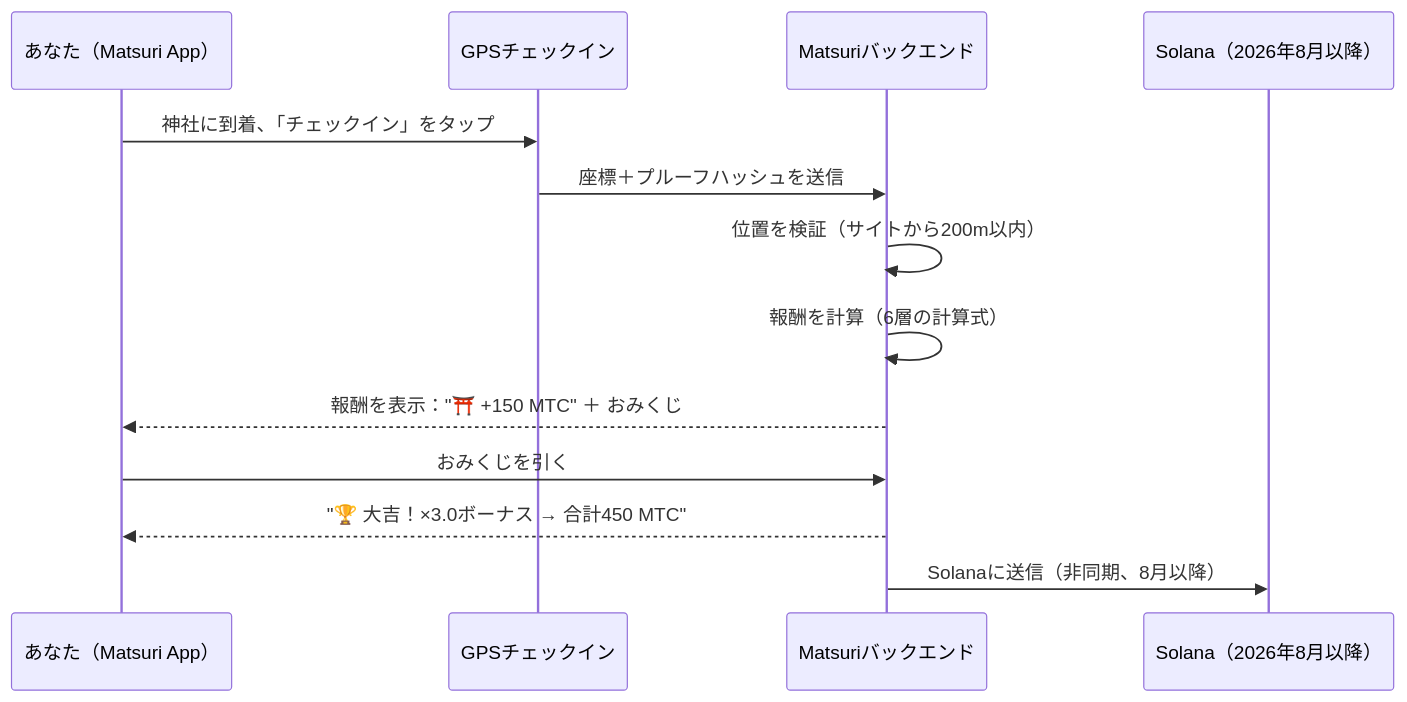
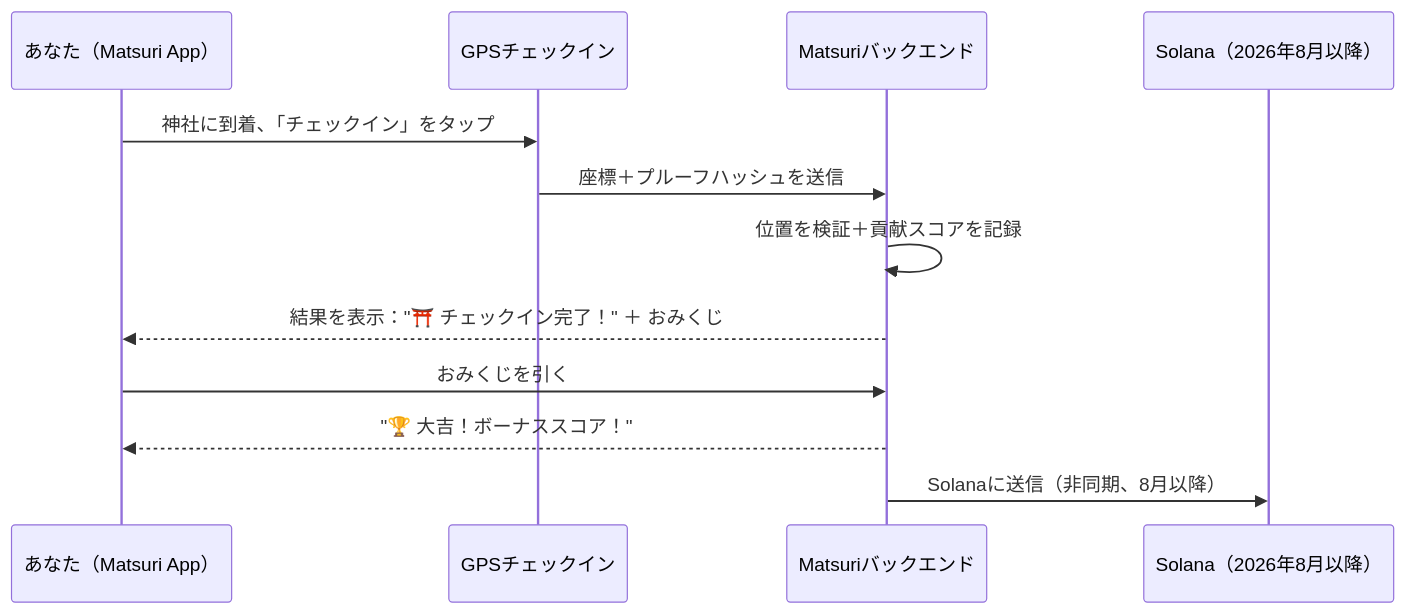
One commit to Cootakahashi/matsuri-dao-whitepaper changed the second of 3 diagrams in i18n/ja/docusaurus-plugin-content-docs/current/04b-how-to-earn.md. Above: the diagram before and after it, drawn with Mermaid. The commit also changed other lines of this file and 51 other files, not shown here.

````diff
--- a/i18n/ja/docusaurus-plugin-content-docs/current/04b-how-to-earn.md
+++ b/i18n/ja/docusaurus-plugin-content-docs/current/04b-how-to-earn.md
@@ -76,16 +76,15 @@
 ```mermaid
 sequenceDiagram
     participant U as あなた（Matsuri App）
     participant GPS as GPSチェックイン
     participant API as Matsuriバックエンド
     participant SC as Solana（2026年8月以降）
 
     U->>GPS: 神社に到着、「チェックイン」をタップ
     GPS->>API: 座標＋プルーフハッシュを送信
-    API->>API: 位置を検証（サイトから200m以内）
-    API->>API: 報酬を計算（6層の計算式）
-    API-->>U: 報酬を表示："⛩️ +150 MTC" ＋ おみくじ
+    API->>API: 位置を検証＋貢献スコアを記録
+    API-->>U: 結果を表示："⛩️ チェックイン完了！" ＋ おみくじ
     U->>API: おみくじを引く
-    API-->>U: "🏆 大吉！×3.0ボーナス → 合計450 MTC"
+    API-->>U: "🏆 大吉！ボーナススコア！"
     API->>SC: Solanaに送信（非同期、8月以降）
 ```
````
